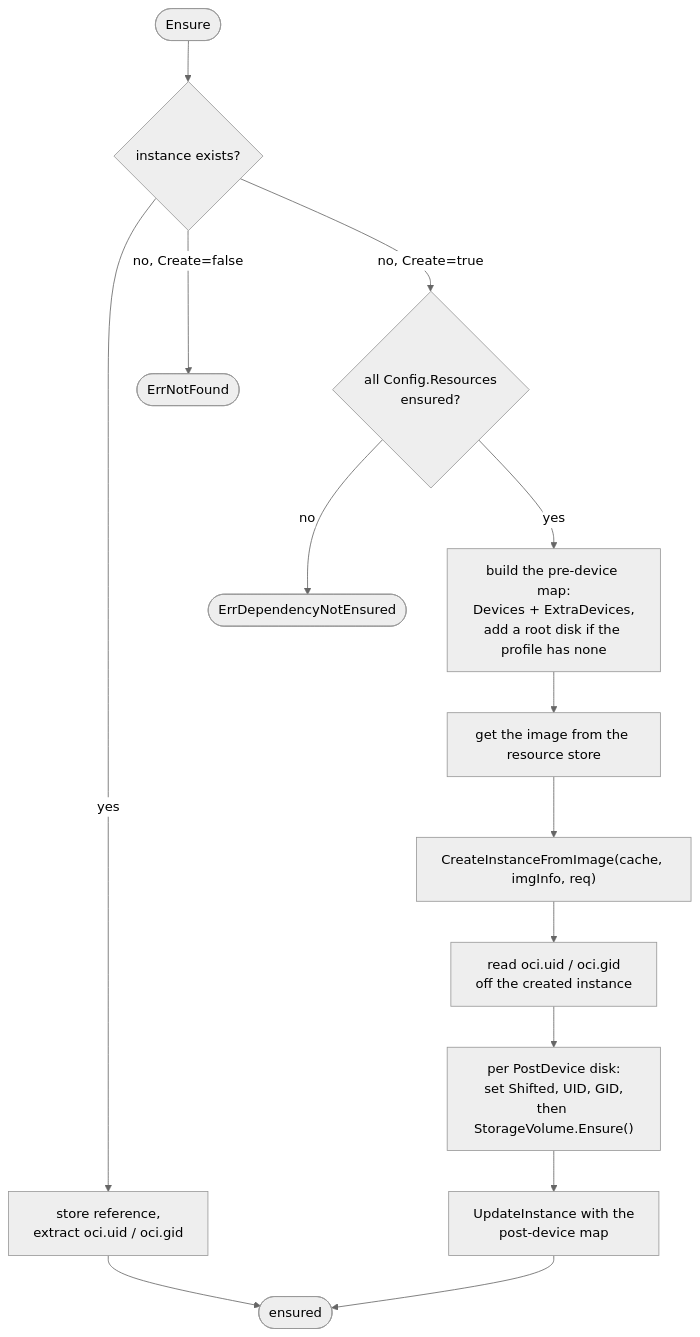
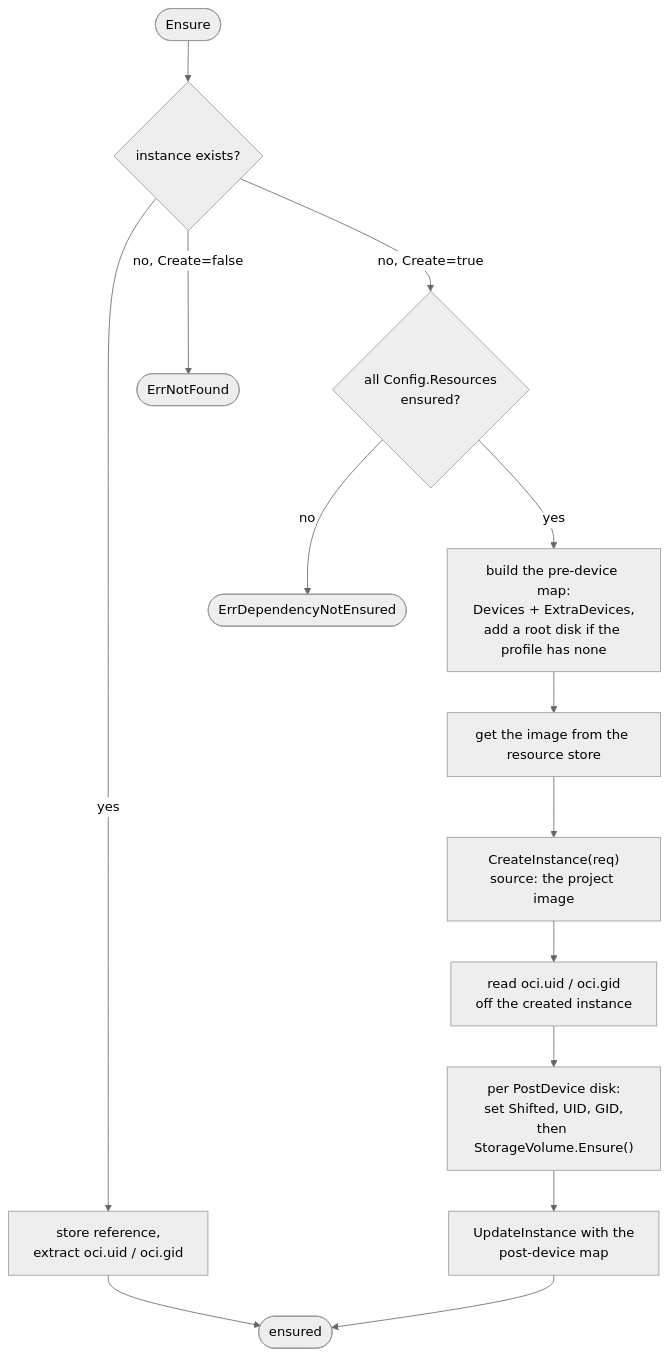
The second of 2 diagrams in root/architecture/client/instance.md (jochumdev/incus-compose-docs), drawn with Mermaid (neutral theme) before and after one commit. The commit also changed other lines of this file and 20 other files, not shown here.

````diff
--- a/root/architecture/client/instance.md
+++ b/root/architecture/client/instance.md
@@ -146,18 +146,18 @@
 ```mermaid
 flowchart TD
     S([Ensure]) --> EX{instance exists?}
     EX -->|yes| ADOPT["store reference,<br/>extract oci.uid / oci.gid"]
     ADOPT --> DONE([ensured])
     EX -->|"no, Create=false"| NF([ErrNotFound])
     EX -->|"no, Create=true"| DEP{"all Config.Resources<br/>ensured?"}
 
     DEP -->|no| DEPERR([ErrDependencyNotEnsured])
     DEP -->|yes| PRE["build the pre-device map:<br/>Devices + ExtraDevices,<br/>add a root disk if the profile has none"]
 
     PRE --> IMG[get the image from the resource store]
-    IMG --> CR["CreateInstanceFromImage(cache, imgInfo, req)"]
+    IMG --> CR["CreateInstance(req)<br/>source: the project image"]
     CR --> UID["read oci.uid / oci.gid<br/>off the created instance"]
     UID --> POST["per PostDevice disk:<br/>set Shifted, UID, GID,<br/>then StorageVolume.Ensure()"]
     POST --> UPD["UpdateInstance with the<br/>post-device map"]
     UPD --> DONE
 ```
````
